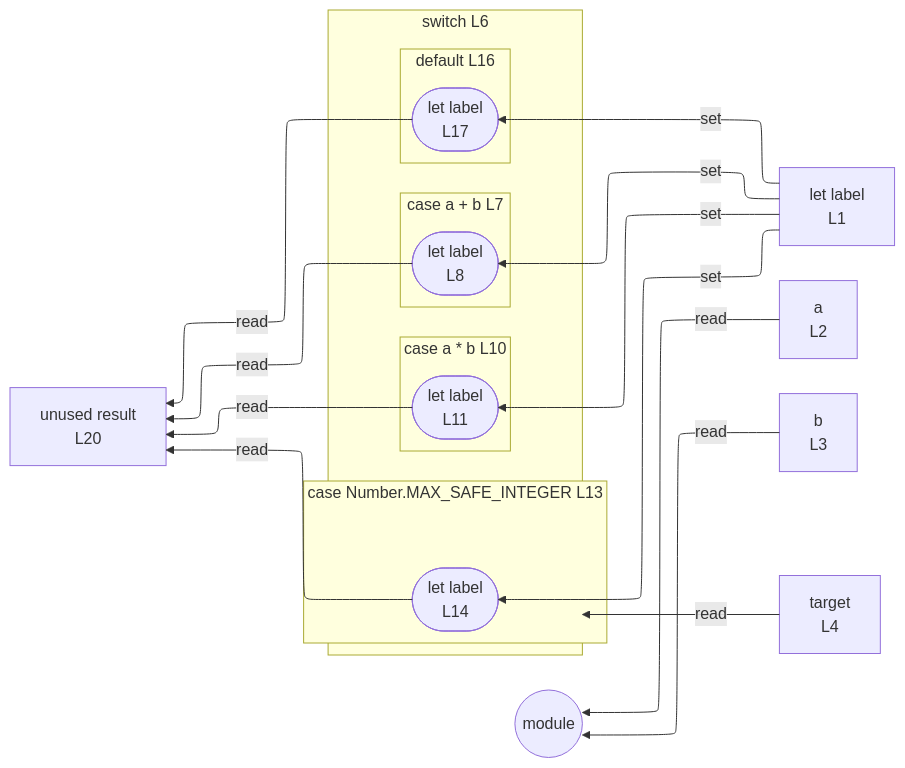
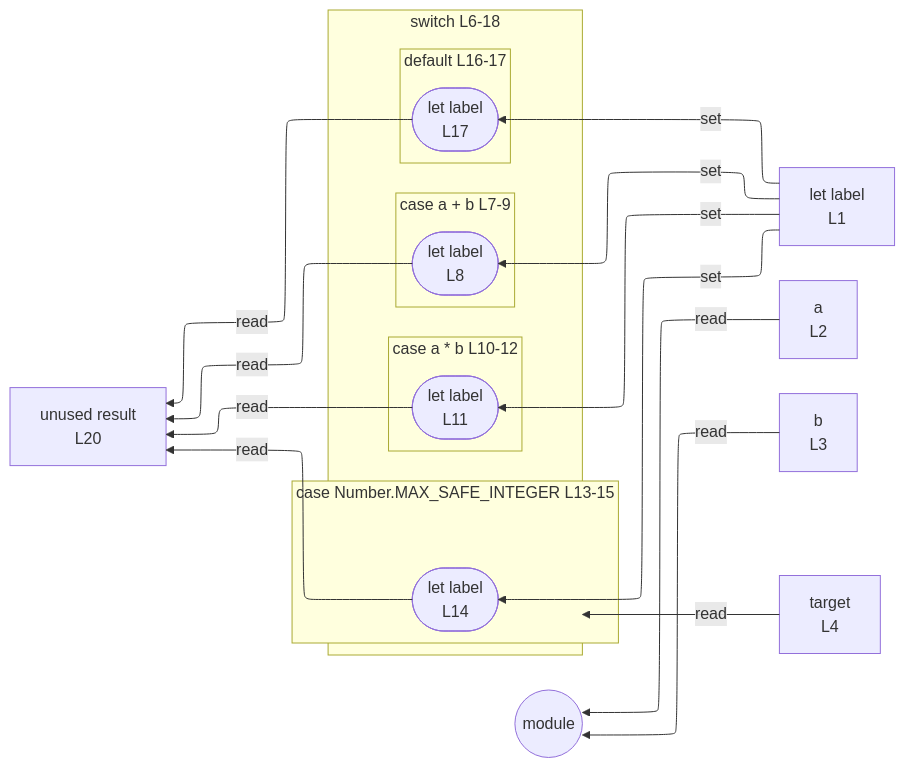
Before and after one commit to crescware/unsnarl: the diagram in integration/fixtures/control-switch-expression/preview.md, drawn with Mermaid. The commit also changed 125 other files, not shown here.

````diff
--- a/integration/fixtures/control-switch-expression/preview.md
+++ b/integration/fixtures/control-switch-expression/preview.md
@@ -30,40 +30,40 @@
 ```mermaid
 %%{init: {"flowchart": {"defaultRenderer": "elk"}}}%%
 flowchart RL
   n_scope_0_label_4["let label<br/>L1"]
   n_scope_0_a_22["a<br/>L2"]
   n_scope_0_b_35["b<br/>L3"]
   n_scope_0_target_48["target<br/>L4"]
   n_scope_0_result_304["unused result<br/>L20"]
-  subgraph s_scope_1["switch L6"]
+  subgraph s_scope_1["switch L6-18"]
     direction RL
-    subgraph s_scope_2["case a + b L7"]
+    subgraph s_scope_2["case a + b L7-9"]
       direction RL
       wr_ref_3(["let label<br/>L8"])
     end
-    subgraph s_scope_3["case a * b L10"]
+    subgraph s_scope_3["case a * b L10-12"]
       direction RL
       wr_ref_6(["let label<br/>L11"])
     end
-    subgraph s_scope_4["case Number.MAX_SAFE_INTEGER L13"]
+    subgraph s_scope_4["case Number.MAX_SAFE_INTEGER L13-15"]
       direction RL
       wr_ref_8(["let label<br/>L14"])
     end
-    subgraph s_scope_5["default L16"]
+    subgraph s_scope_5["default L16-17"]
       direction RL
       wr_ref_9(["let label<br/>L17"])
     end
   end
   n_scope_0_label_4 -->|set| wr_ref_3
   n_scope_0_label_4 -->|set| wr_ref_6
   n_scope_0_label_4 -->|set| wr_ref_8
   n_scope_0_label_4 -->|set| wr_ref_9
   n_scope_0_target_48 -->|read| s_scope_1
   n_scope_0_a_22 -->|read| module_root
   n_scope_0_b_35 -->|read| module_root
   wr_ref_3 -->|read| n_scope_0_result_304
   wr_ref_6 -->|read| n_scope_0_result_304
   wr_ref_8 -->|read| n_scope_0_result_304
   wr_ref_9 -->|read| n_scope_0_result_304
   module_root((module))
 ```
````
